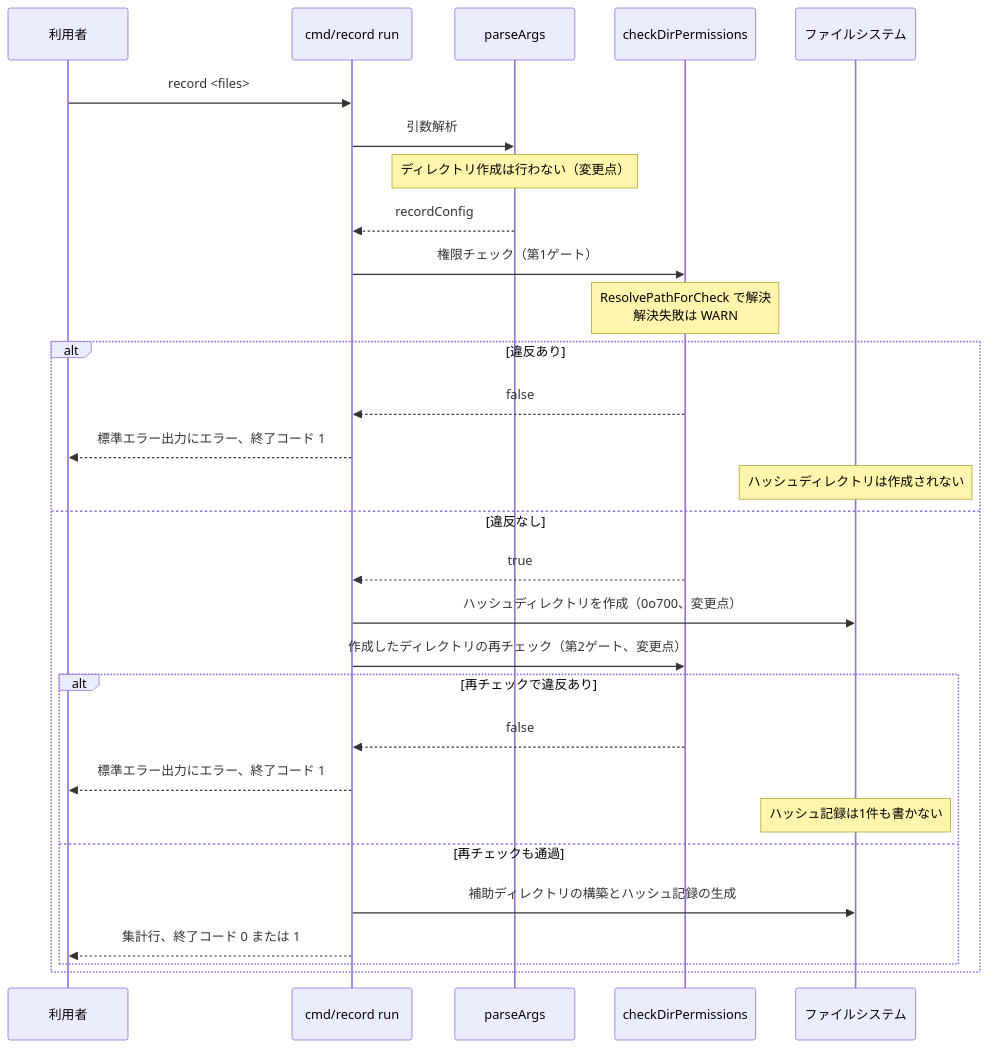
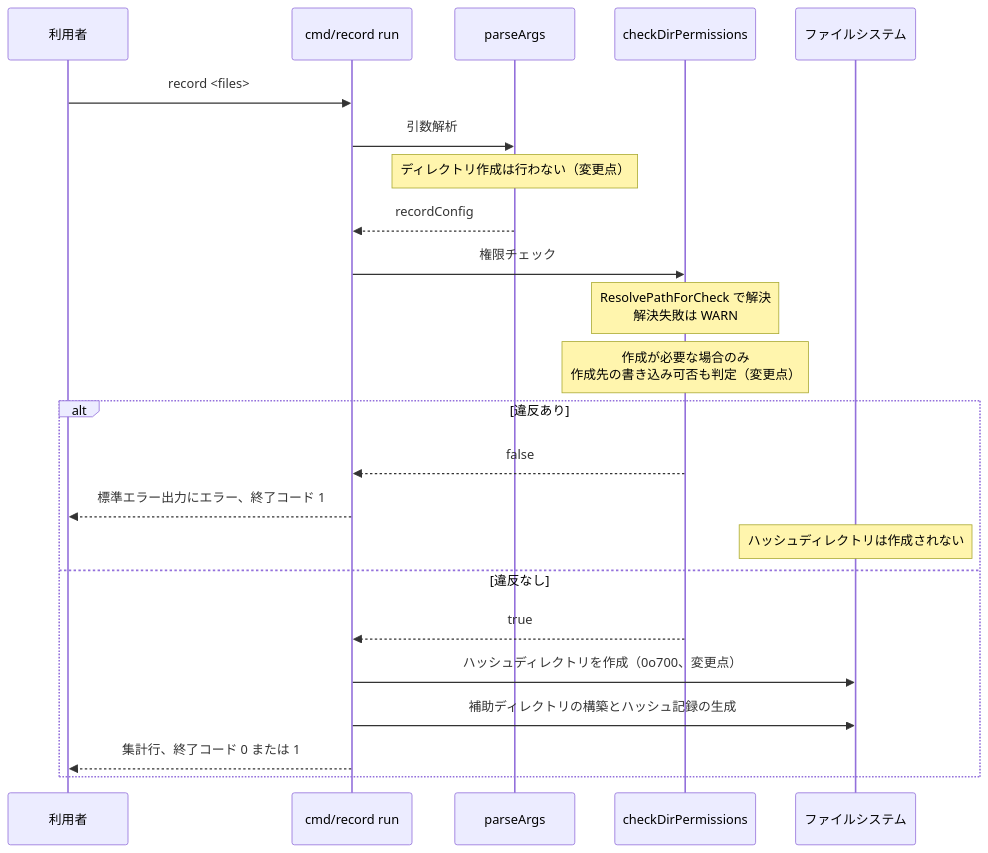
One commit to isseis/go-safe-cmd-runner changed the seventh of 11 diagrams in docs/tasks/0164_entrypoint_residual_low_info/02_architecture.md. Above: the diagram before and after it, drawn with Mermaid. The commit also changed other lines of this file, not shown here.

````diff
--- a/docs/tasks/0164_entrypoint_residual_low_info/02_architecture.md
+++ b/docs/tasks/0164_entrypoint_residual_low_info/02_architecture.md
@@ -225,32 +225,26 @@
 ```mermaid
 sequenceDiagram
     participant U as 利用者
     participant M as cmd/record run
     participant P as parseArgs
     participant C as checkDirPermissions
     participant FS as ファイルシステム
 
     U->>M: record <files>
     M->>P: 引数解析
     Note over P: ディレクトリ作成は行わない（変更点）
     P-->>M: recordConfig
-    M->>C: 権限チェック（第1ゲート）
+    M->>C: 権限チェック
     Note over C: ResolvePathForCheck で解決<br>解決失敗は WARN
+    Note over C: 作成が必要な場合のみ<br>作成先の書き込み可否も判定（変更点）
     alt 違反あり
         C-->>M: false
         M-->>U: 標準エラー出力にエラー、終了コード 1
         Note over FS: ハッシュディレクトリは作成されない
     else 違反なし
         C-->>M: true
         M->>FS: ハッシュディレクトリを作成（0o700、変更点）
-        M->>C: 作成したディレクトリの再チェック（第2ゲート、変更点）
-        alt 再チェックで違反あり
-            C-->>M: false
-            M-->>U: 標準エラー出力にエラー、終了コード 1
-            Note over FS: ハッシュ記録は1件も書かない
-        else 再チェックも通過
-            M->>FS: 補助ディレクトリの構築とハッシュ記録の生成
-            M-->>U: 集計行、終了コード 0 または 1
-        end
+        M->>FS: 補助ディレクトリの構築とハッシュ記録の生成
+        M-->>U: 集計行、終了コード 0 または 1
     end
 ```
````
